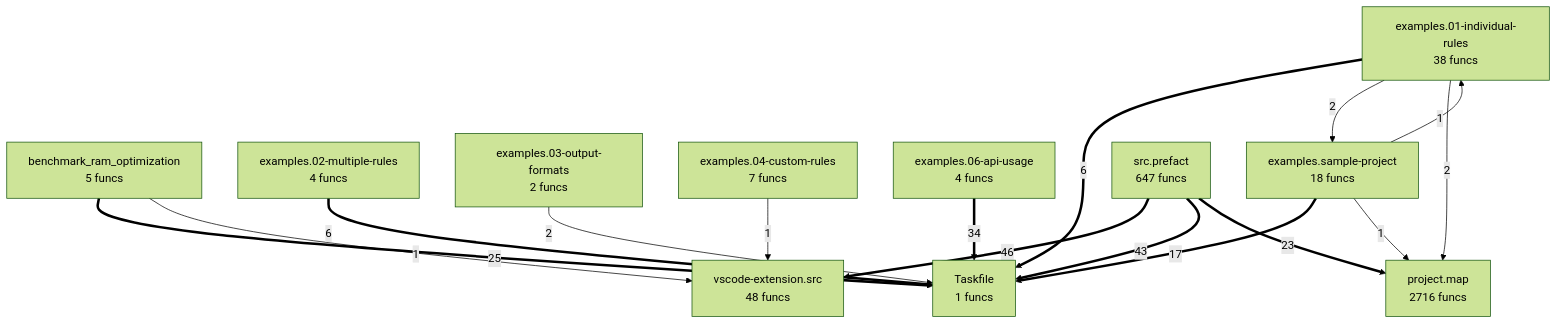
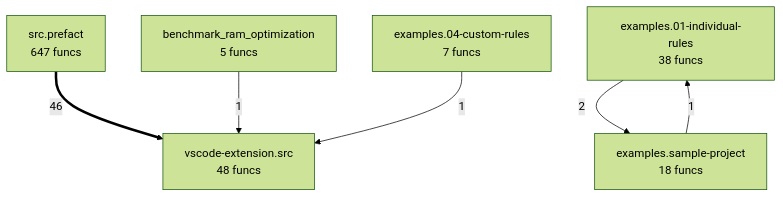
Before and after one commit to semcod/prefact: the diagram in project/compact_flow.mmd, drawn with Mermaid (forest theme). The commit also changed 25 other files, not shown here.

```diff
--- a/project/compact_flow.mmd
+++ b/project/compact_flow.mmd
@@ -1,27 +1,13 @@
 flowchart TD
-    Taskfile["Taskfile<br/>1 funcs"]
+%% generated in 0.01s
     benchmark_ram_optimization["benchmark_ram_optimization<br/>5 funcs"]
     examples__01_individual_rules["examples.01-individual-rules<br/>38 funcs"]
-    examples__02_multiple_rules["examples.02-multiple-rules<br/>4 funcs"]
-    examples__03_output_formats["examples.03-output-formats<br/>2 funcs"]
     examples__04_custom_rules["examples.04-custom-rules<br/>7 funcs"]
-    examples__06_api_usage["examples.06-api-usage<br/>4 funcs"]
     examples__sample_project["examples.sample-project<br/>18 funcs"]
-    project__map["project.map<br/>2716 funcs"]
     src__prefact["src.prefact<br/>647 funcs"]
     vscode_extension__src["vscode-extension.src<br/>48 funcs"]
     src__prefact ==>|46| vscode_extension__src
-    src__prefact ==>|43| Taskfile
-    examples__06_api_usage ==>|34| Taskfile
-    benchmark_ram_optimization ==>|25| Taskfile
-    src__prefact ==>|23| project__map
-    examples__sample_project ==>|17| Taskfile
-    examples__01_individual_rules ==>|6| Taskfile
-    examples__02_multiple_rules ==>|6| Taskfile
     examples__01_individual_rules -->|2| examples__sample_project
-    examples__01_individual_rules -->|2| project__map
-    examples__03_output_formats -->|2| Taskfile
     benchmark_ram_optimization -->|1| vscode_extension__src
     examples__sample_project -->|1| examples__01_individual_rules
-    examples__sample_project -->|1| project__map
     examples__04_custom_rules -->|1| vscode_extension__src
```
